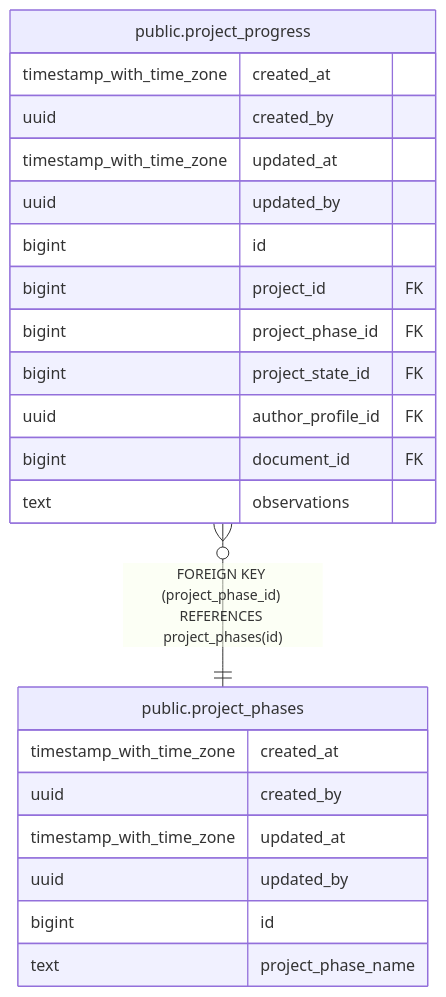
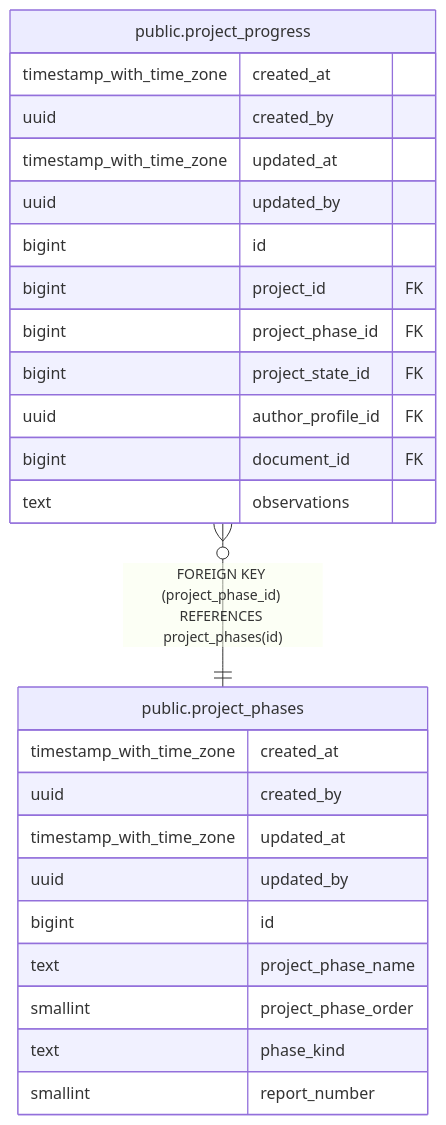
Before and after one commit to icristianhernandez/academic-service-backend: the diagram in docs/db/tbls/public.project_phases.md, drawn with Mermaid. The commit also changed other lines of this file and 27 other files, not shown here.

````diff
--- a/docs/db/tbls/public.project_phases.md
+++ b/docs/db/tbls/public.project_phases.md
@@ -37,27 +46,30 @@
 ```mermaid
 erDiagram
 
 "public.project_progress" }o--|| "public.project_phases" : "FOREIGN KEY (project_phase_id) REFERENCES project_phases(id)"
 
 "public.project_phases" {
   timestamp_with_time_zone created_at ""
   uuid created_by ""
   timestamp_with_time_zone updated_at ""
   uuid updated_by ""
   bigint id ""
   text project_phase_name ""
+  smallint project_phase_order ""
+  text phase_kind ""
+  smallint report_number ""
 }
 "public.project_progress" {
   timestamp_with_time_zone created_at ""
   uuid created_by ""
   timestamp_with_time_zone updated_at ""
   uuid updated_by ""
   bigint id ""
   bigint project_id FK ""
   bigint project_phase_id FK ""
   bigint project_state_id FK ""
   uuid author_profile_id FK ""
   bigint document_id FK ""
   text observations ""
 }
 ```
````
